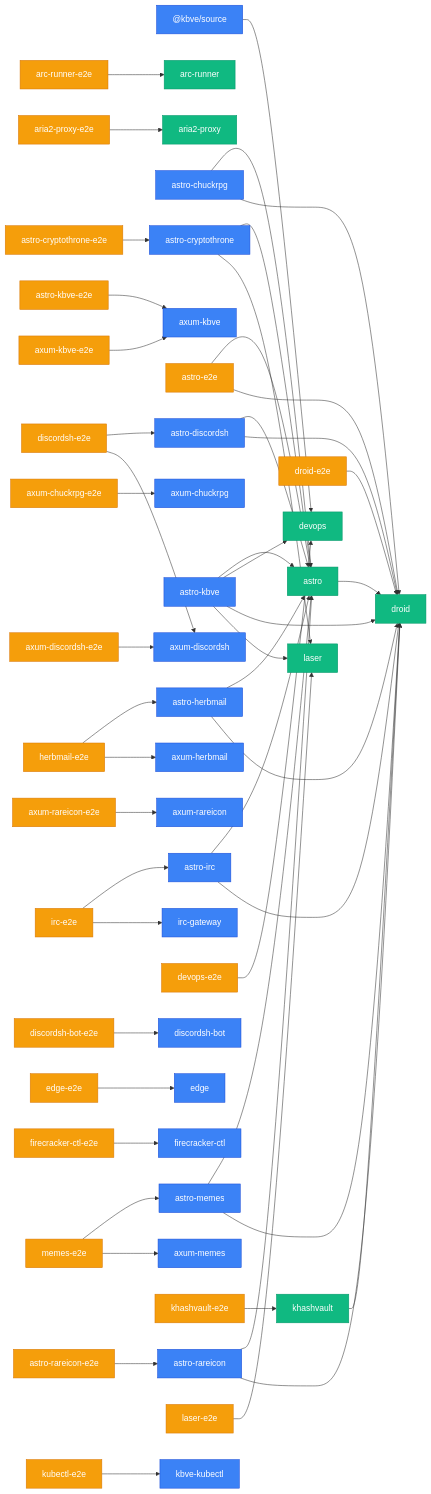
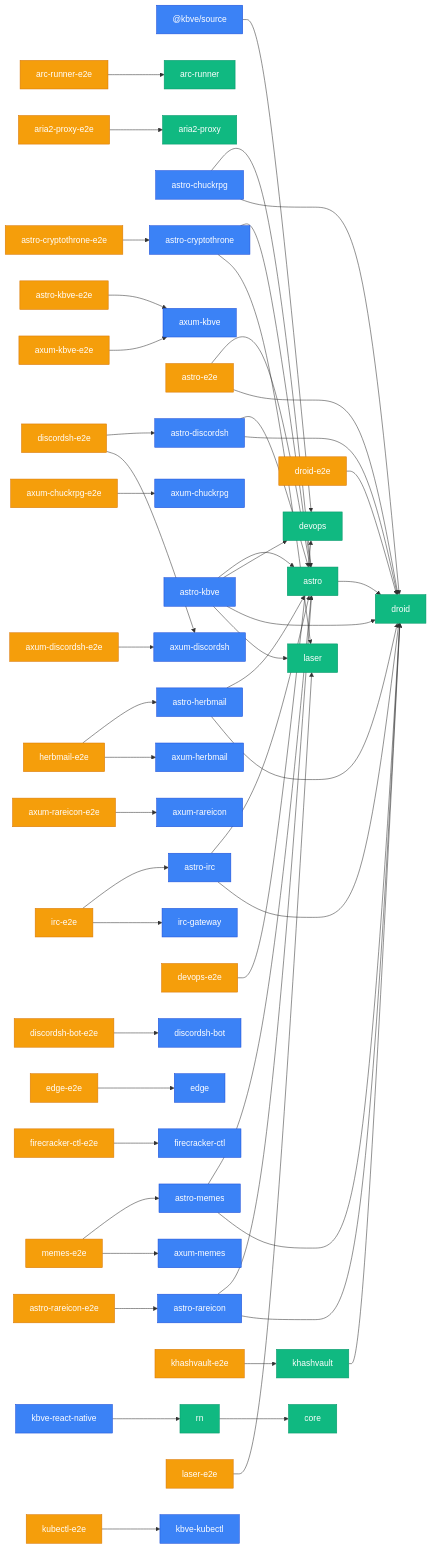
Before and after one commit to KBVE/kbve: the third of 3 diagrams in apps/kbve/astro-kbve/src/content/docs/dashboard/graph.mdx, drawn with Mermaid. The commit also changed other lines of this file and 8 other files, not shown here.

````diff
--- a/apps/kbve/astro-kbve/src/content/docs/dashboard/graph.mdx
+++ b/apps/kbve/astro-kbve/src/content/docs/dashboard/graph.mdx
@@ -79,57 +79,59 @@
 ```mermaid
 graph LR
     classDef app fill:#3b82f6,stroke:#1d4ed8,color:#fff
     classDef lib fill:#10b981,stroke:#059669,color:#fff
     classDef e2e fill:#f59e0b,stroke:#d97706,color:#fff
     _kbve_source["@kbve/source"] --> devops["devops"]
     arc_runner_e2e["arc-runner-e2e"] --> arc_runner["arc-runner"]
     aria2_proxy_e2e["aria2-proxy-e2e"] --> aria2_proxy["aria2-proxy"]
     astro["astro"] --> droid["droid"]
     astro_chuckrpg["astro-chuckrpg"] --> astro["astro"]
     astro_chuckrpg["astro-chuckrpg"] --> droid["droid"]
     astro_cryptothrone["astro-cryptothrone"] --> astro["astro"]
     astro_cryptothrone["astro-cryptothrone"] --> laser["laser"]
     astro_cryptothrone_e2e["astro-cryptothrone-e2e"] --> astro_cryptothrone["astro-cryptothrone"]
     astro_discordsh["astro-discordsh"] --> astro["astro"]
     astro_discordsh["astro-discordsh"] --> droid["droid"]
     astro_e2e["astro-e2e"] --> astro["astro"]
     astro_e2e["astro-e2e"] --> droid["droid"]
     astro_herbmail["astro-herbmail"] --> astro["astro"]
     astro_herbmail["astro-herbmail"] --> droid["droid"]
     astro_irc["astro-irc"] --> astro["astro"]
     astro_irc["astro-irc"] --> droid["droid"]
     astro_kbve["astro-kbve"] --> astro["astro"]
     astro_kbve["astro-kbve"] --> devops["devops"]
     astro_kbve["astro-kbve"] --> droid["droid"]
     astro_kbve["astro-kbve"] --> laser["laser"]
     astro_kbve_e2e["astro-kbve-e2e"] --> axum_kbve["axum-kbve"]
     astro_memes["astro-memes"] --> astro["astro"]
     astro_memes["astro-memes"] --> droid["droid"]
     astro_rareicon["astro-rareicon"] --> astro["astro"]
     astro_rareicon["astro-rareicon"] --> droid["droid"]
     astro_rareicon_e2e["astro-rareicon-e2e"] --> astro_rareicon["astro-rareicon"]
     axum_chuckrpg_e2e["axum-chuckrpg-e2e"] --> axum_chuckrpg["axum-chuckrpg"]
     axum_discordsh_e2e["axum-discordsh-e2e"] --> axum_discordsh["axum-discordsh"]
     axum_kbve_e2e["axum-kbve-e2e"] --> axum_kbve["axum-kbve"]
     axum_rareicon_e2e["axum-rareicon-e2e"] --> axum_rareicon["axum-rareicon"]
     devops_e2e["devops-e2e"] --> devops["devops"]
     discordsh_bot_e2e["discordsh-bot-e2e"] --> discordsh_bot["discordsh-bot"]
     discordsh_e2e["discordsh-e2e"] --> astro_discordsh["astro-discordsh"]
     discordsh_e2e["discordsh-e2e"] --> axum_discordsh["axum-discordsh"]
     droid_e2e["droid-e2e"] --> droid["droid"]
     edge_e2e["edge-e2e"] --> edge["edge"]
     firecracker_ctl_e2e["firecracker-ctl-e2e"] --> firecracker_ctl["firecracker-ctl"]
     herbmail_e2e["herbmail-e2e"] --> astro_herbmail["astro-herbmail"]
     herbmail_e2e["herbmail-e2e"] --> axum_herbmail["axum-herbmail"]
     irc_e2e["irc-e2e"] --> astro_irc["astro-irc"]
     irc_e2e["irc-e2e"] --> irc_gateway["irc-gateway"]
+    kbve_react_native["kbve-react-native"] --> rn["rn"]
     khashvault["khashvault"] --> droid["droid"]
     khashvault_e2e["khashvault-e2e"] --> khashvault["khashvault"]
     kubectl_e2e["kubectl-e2e"] --> kbve_kubectl["kbve-kubectl"]
     laser_e2e["laser-e2e"] --> laser["laser"]
     memes_e2e["memes-e2e"] --> astro_memes["astro-memes"]
     memes_e2e["memes-e2e"] --> axum_memes["axum-memes"]
-    class _kbve_source,agones_factorio,agones_factorio_relay,angelscript,astro_chuckrpg,astro_cryptothrone,astro_discordsh,astro_herbmail,astro_irc,astro_kbve,astro_memes,astro_rareicon,axum_chuckrpg,axum_cryptothrone,axum_discordsh,axum_herbmail,axum_kbve,axum_memes,axum_rareicon,cryptothrone,cryptothrone_server,desktop_kbve,discordsh,discordsh_bot,edge,firecracker_ctl,herbmail,iot_edge_worker,irc,irc_gateway,isometric,kbve_kubectl,kbve_spider,kilobase,mc,mc_lobby,mc_velocity,memes,nd_server,nexus_defense,notification_bot,pydesk,rows,unity_rareicon,unreal_chuck,unreal_rentearth app
-    class arc_runner,aria2_proxy,astro,bevy_battle,bevy_behavior,bevy_cam,bevy_chat,bevy_db,bevy_inventory,bevy_items,bevy_kbve_net,bevy_mapdb,bevy_npc,bevy_pathfinder,bevy_player,bevy_quests,bevy_skills,bevy_statemachine,bevy_supa,bevy_tasker,chisel_ubuntu_axum,data_proto,data_sql,devops,droid,erust,firecracker_node_web,firecracker_python_net,firecracker_python_web,holy,jedi,kasm_cloakbrowser,kasm_void,kbve,khashvault,laser,python_fudster,python_kbve,q,simgrid,steamcmd_ubuntu,uniti lib
+    rn["rn"] --> core["core"]
+    class _kbve_source,agones_factorio,agones_factorio_relay,angelscript,astro_chuckrpg,astro_cryptothrone,astro_discordsh,astro_herbmail,astro_irc,astro_kbve,astro_memes,astro_rareicon,axum_chuckrpg,axum_cryptothrone,axum_discordsh,axum_herbmail,axum_kbve,axum_memes,axum_rareicon,cryptothrone,cryptothrone_server,desktop_kbve,discordsh,discordsh_bot,edge,firecracker_ctl,herbmail,iot_edge_worker,irc,irc_gateway,isometric,jobboard,kbve_kubectl,kbve_react_native,kbve_spider,kilobase,mc,mc_lobby,mc_velocity,memes,nd_server,nexus_defense,notification_bot,pydesk,rows,unity_rareicon,unreal_chuck,unreal_rentearth app
+    class arc_runner,aria2_proxy,astro,bevy_battle,bevy_behavior,bevy_cam,bevy_chat,bevy_db,bevy_inventory,bevy_items,bevy_kbve_net,bevy_mapdb,bevy_npc,bevy_pathfinder,bevy_player,bevy_quests,bevy_skills,bevy_statemachine,bevy_supa,bevy_tasker,chisel_ubuntu_axum,core,data_proto,data_sql,devops,droid,erust,firecracker_node_web,firecracker_python_net,firecracker_python_web,holy,jedi,kasm_cloakbrowser,kasm_void,kbve,kbve_wgpu,khashvault,laser,python_fudster,python_kbve,q,rn,simgrid,steamcmd_ubuntu,uniti lib
     class arc_runner_e2e,aria2_proxy_e2e,astro_cryptothrone_e2e,astro_e2e,astro_kbve_e2e,astro_rareicon_e2e,axum_chuckrpg_e2e,axum_discordsh_e2e,axum_kbve_e2e,axum_rareicon_e2e,devops_e2e,discordsh_bot_e2e,discordsh_e2e,droid_e2e,edge_e2e,firecracker_ctl_e2e,herbmail_e2e,irc_e2e,khashvault_e2e,kubectl_e2e,laser_e2e,memes_e2e e2e
 ```
````
